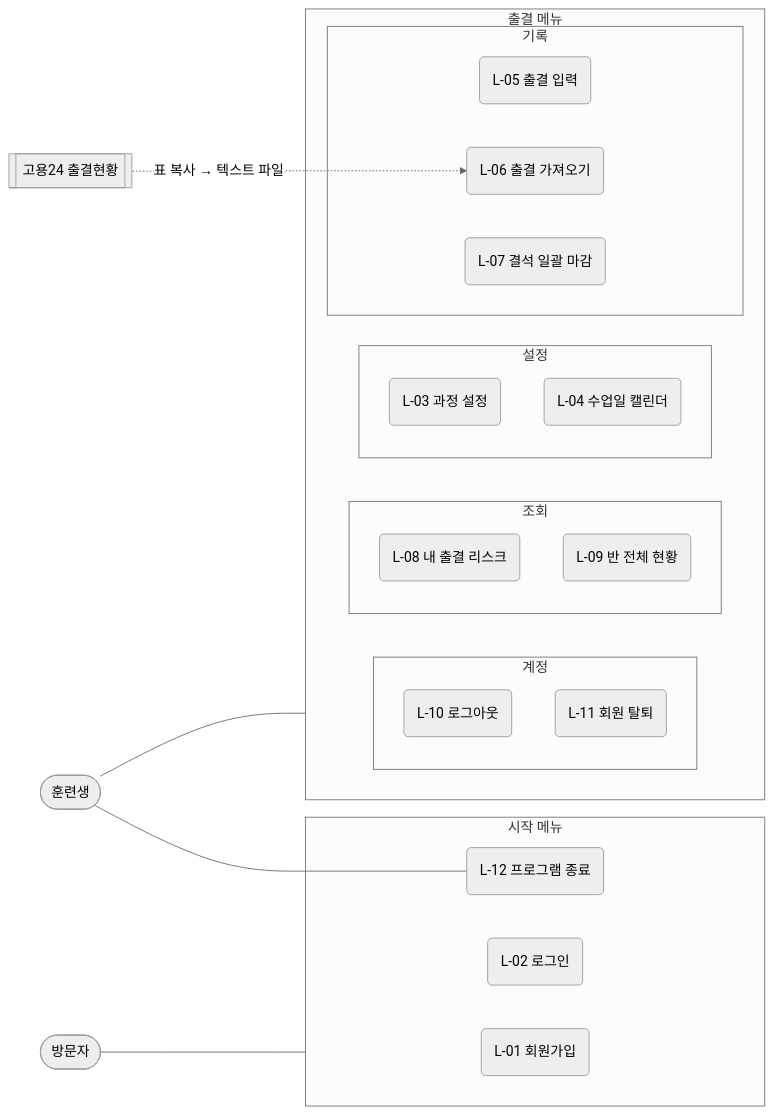
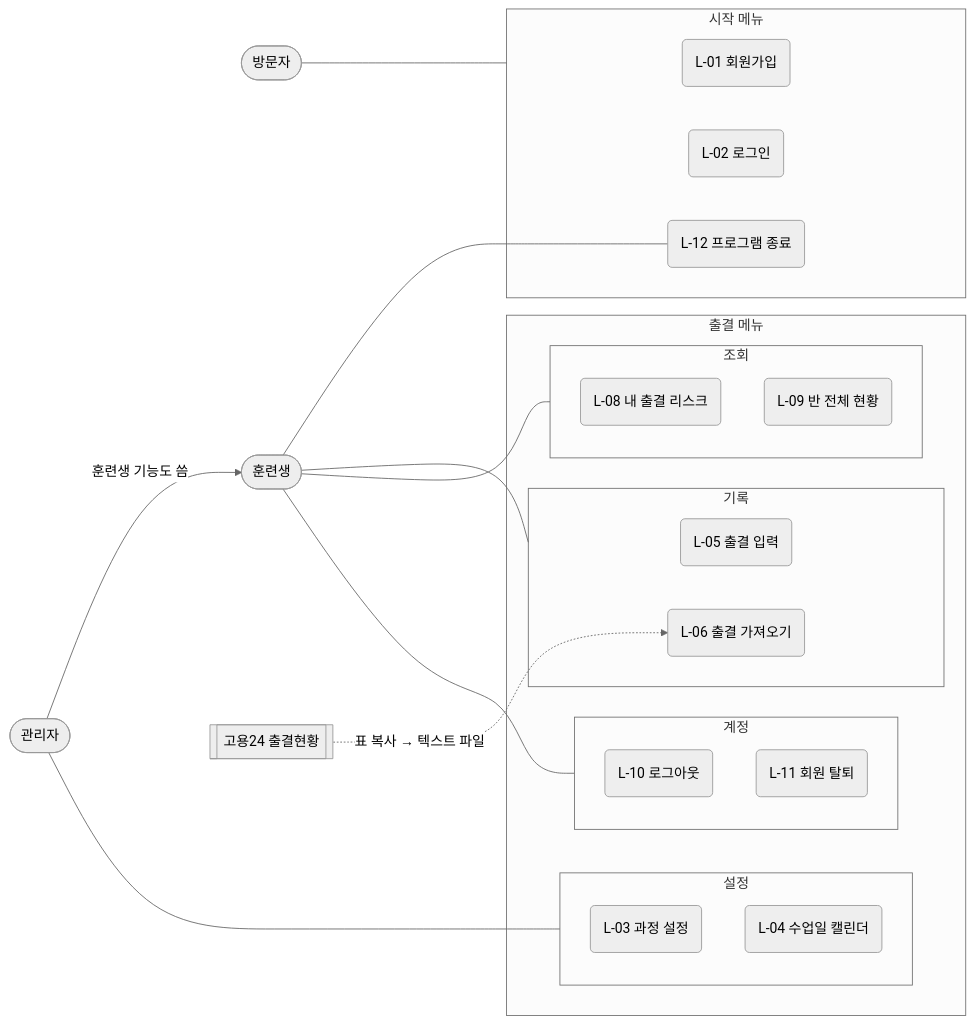
The diagram in docs/PLAN.md (20260921-saltlux-llm-agent-service-2nd/3WHY_java-latecatcher), drawn with Mermaid (neutral theme) before and after one commit. The commit also changed other lines of this file and 1 other file, not shown here.

First line of the commit message:
docs: 결석 입력·미입력 규칙과 관리자 계정을 추가하고 열린 질문 확정

````diff
--- a/docs/PLAN.md
+++ b/docs/PLAN.md
@@ -142,37 +147,41 @@
 ```mermaid
 flowchart LR
     V([방문자])
     T([훈련생])
+    AD([관리자])
     G[[고용24 출결현황]]
 
     subgraph start [시작 메뉴]
         L01(L-01 회원가입)
         L02(L-02 로그인)
         L12(L-12 프로그램 종료)
     end
 
     subgraph menu [출결 메뉴]
         subgraph record [기록]
             L05(L-05 출결 입력)
             L06(L-06 출결 가져오기)
-            L07(L-07 결석 일괄 마감)
         end
         subgraph view [조회]
             L08(L-08 내 출결 리스크)
             L09(L-09 반 전체 현황)
         end
         subgraph setting [설정]
             L03(L-03 과정 설정)
             L04(L-04 수업일 캘린더)
         end
         subgraph account [계정]
             L10(L-10 로그아웃)
             L11(L-11 회원 탈퇴)
         end
     end
 
     V --- start
-    T --- menu
+    T --- record
+    T --- view
+    T --- account
     T --- L12
+    AD -- 훈련생 기능도 씀 --> T
+    AD --- setting
     G -. 표 복사 → 텍스트 파일 .-> L06
 ```
````
